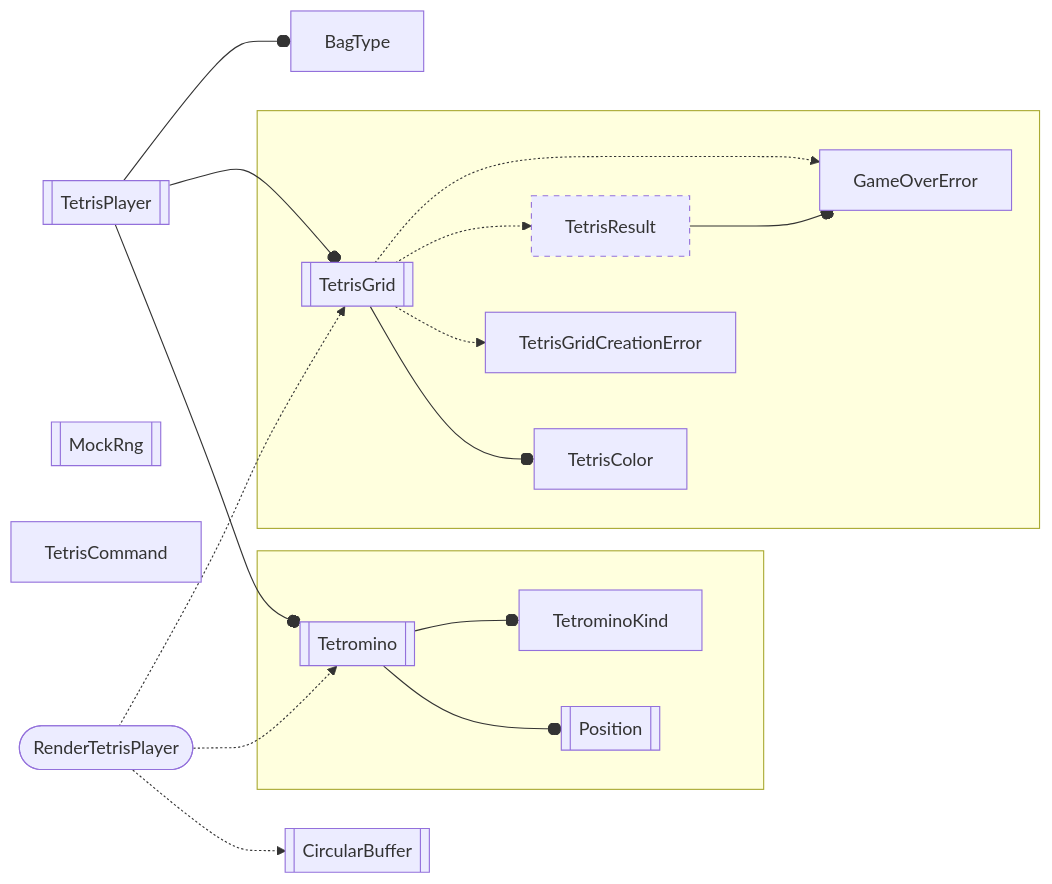
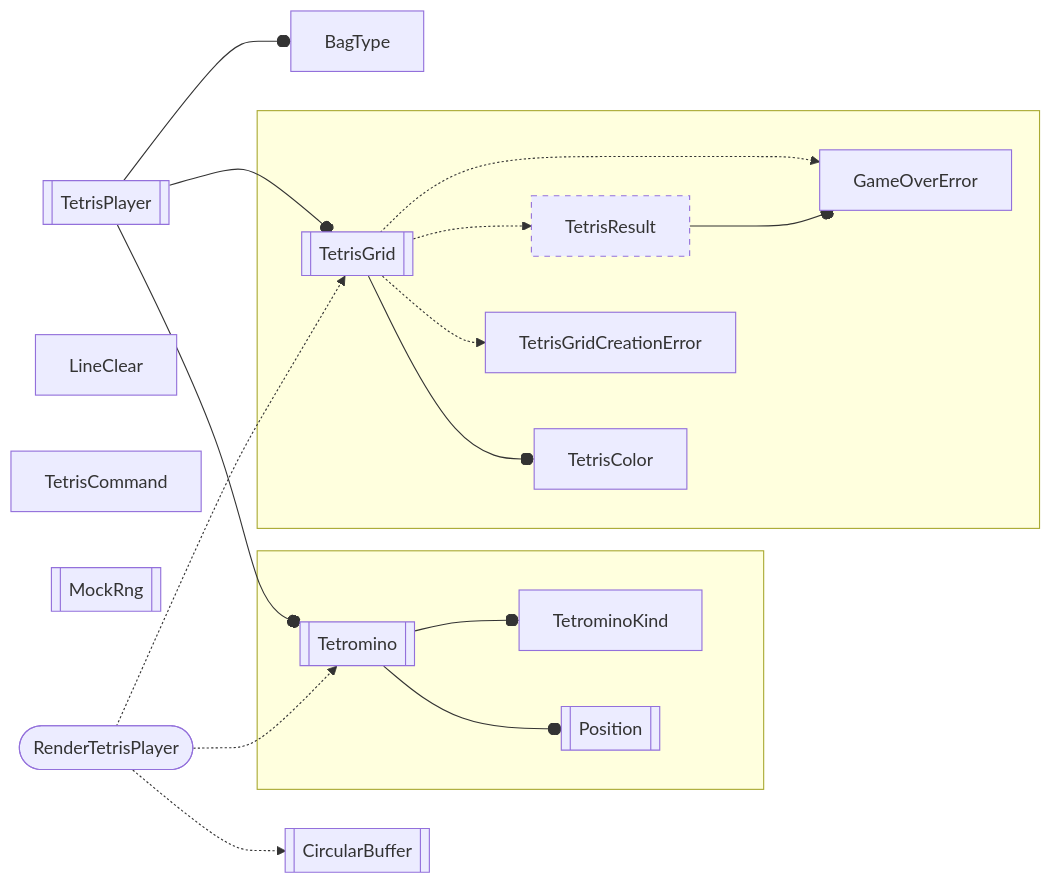
Before and after one commit to inesvar/tetris: the diagram in core_tetris/src/core_tetris.mmd, drawn with Mermaid. The commit also changed 5 other files, not shown here.

Commit message:
tetris_player: Return a LineClear on try_apply success

```diff
--- a/core_tetris/src/core_tetris.mmd
+++ b/core_tetris/src/core_tetris.mmd
@@ -1,46 +1,47 @@
 graph LR
     %% objects
     BagType[BagType]
     TetrisGrid[[TetrisGrid]]
     GameOverError[GameOverError]
     TetrisResult[TetrisResult]
     Tetromino[[Tetromino]]
     Position[[Position]]
     TetrisColor[TetrisColor]
     TetrisPlayer[[TetrisPlayer]]
+    LineClear[LineClear]
+    TetrisCommand[TetrisCommand]
     MockRng[[MockRng]]
-    TetrisCommand[TetrisCommand]
     TetrominoKind[TetrominoKind]
     RenderTetrisPlayer([RenderTetrisPlayer])
     CircularBuffer[[CircularBuffer]]
     TetrisGridCreationError[TetrisGridCreationError]
 
     RenderTetrisPlayer -.-> CircularBuffer
 
     TetrisPlayer
     MockRng
     RenderTetrisPlayer
 
     TetrisPlayer --o Tetromino
     RenderTetrisPlayer -.-> Tetromino
 
     subgraph tetromino[" "]
         Tetromino --o Position
         Tetromino --o TetrominoKind
     end
 
 
     subgraph tetris_grid[" "]
         TetrisGrid --o TetrisColor
         TetrisGrid -.-> TetrisGridCreationError
         TetrisGrid -.-> TetrisResult
         TetrisResult --o GameOverError
         TetrisGrid -.-> GameOverError
     end
 
     RenderTetrisPlayer -.-> TetrisGrid
     TetrisPlayer --o TetrisGrid
     TetrisPlayer --o BagType
+    LineClear
 
-    
     style TetrisResult stroke-dasharray: 5 5;
```
